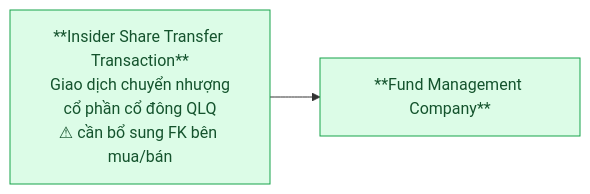
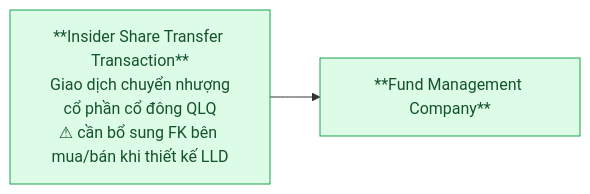
Before and after one commit to linhlvit/ubck_atomic_design: diagram 20 of 30 in Silver/hld/FMS_relationship_diagram.md, drawn with Mermaid. The commit also changed other lines of this file, not shown here.

````diff
--- a/Silver/hld/FMS_relationship_diagram.md
+++ b/Silver/hld/FMS_relationship_diagram.md
@@ -495,9 +458,9 @@
 ```mermaid
 graph LR
     classDef silver fill:#dcfce7,stroke:#16a34a,color:#14532d
 
     FMC_S10["**Fund Management Company**"]:::silver
-    ISTT["**Insider Share Transfer Transaction**\nGiao dịch chuyển nhượng\ncổ phần cổ đông QLQ\n⚠ cần bổ sung FK bên mua/bán"]:::silver
+    ISTT["**Insider Share Transfer Transaction**\nGiao dịch chuyển nhượng\ncổ phần cổ đông QLQ\n⚠ cần bổ sung FK bên mua/bán khi thiết kế LLD"]:::silver
 
     ISTT --> FMC_S10
 ```
````
